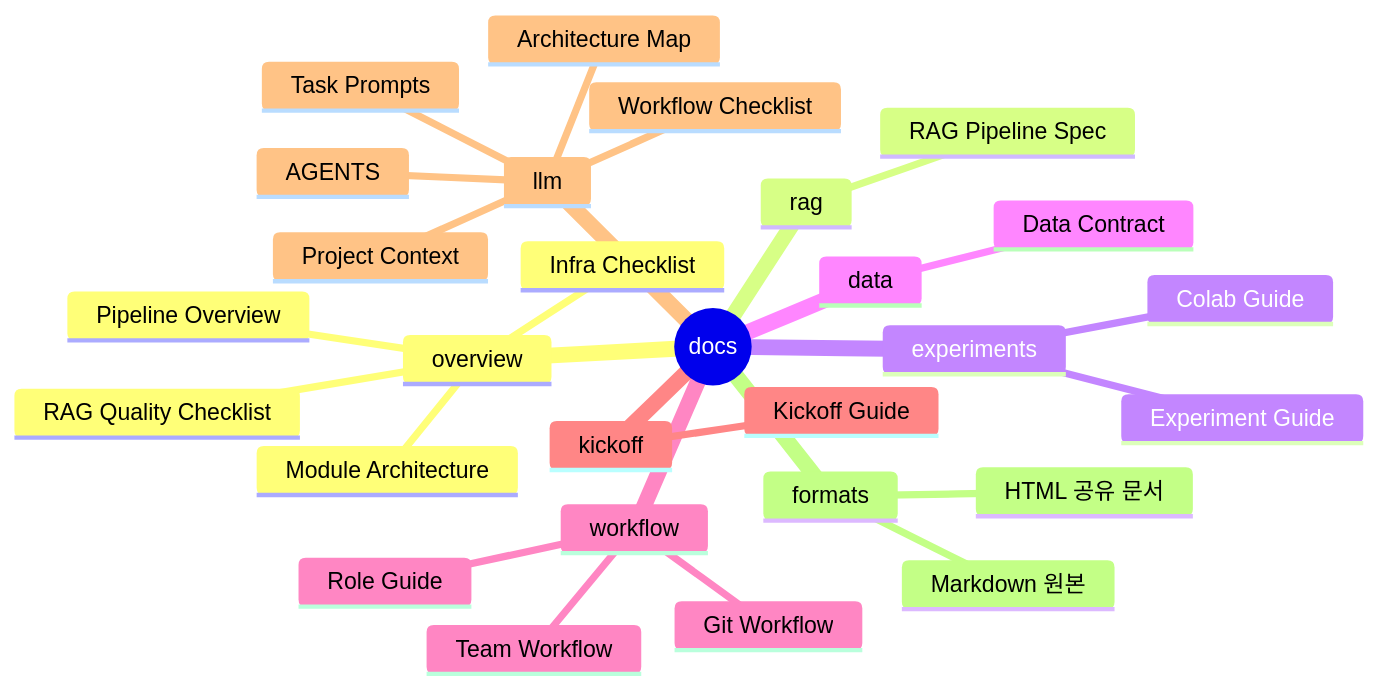
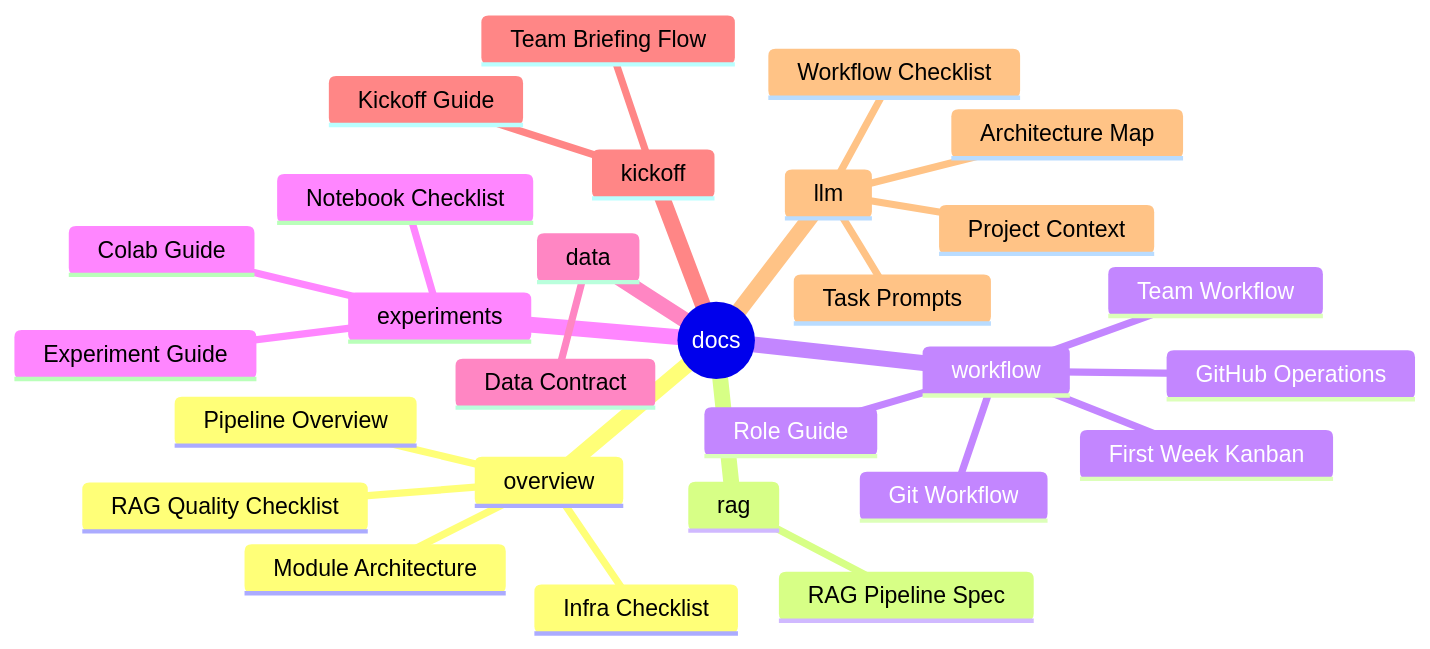
The diagram in docs/README.md (Codeit-Part3-6Team/Codeit-Part3-6Team-Project), drawn with Mermaid before and after one commit. The commit also changed other lines of this file and 16 other files, not shown here.

````diff
--- a/docs/README.md
+++ b/docs/README.md
@@ -9,31 +9,31 @@
 ```mermaid
 mindmap
   root((docs))
     overview
       Pipeline Overview
       Module Architecture
       Infra Checklist
       RAG Quality Checklist
     rag
       RAG Pipeline Spec
+    workflow
+      Git Workflow
+      GitHub Operations
+      First Week Kanban
+      Role Guide
+      Team Workflow
     experiments
       Experiment Guide
       Colab Guide
+      Notebook Checklist
     data
       Data Contract
-    workflow
-      Git Workflow
-      Role Guide
-      Team Workflow
     kickoff
       Kickoff Guide
+      Team Briefing Flow
     llm
-      AGENTS
       Project Context
       Architecture Map
       Workflow Checklist
       Task Prompts
-    formats
-      Markdown 원본
-      HTML 공유 문서
 ```
````
